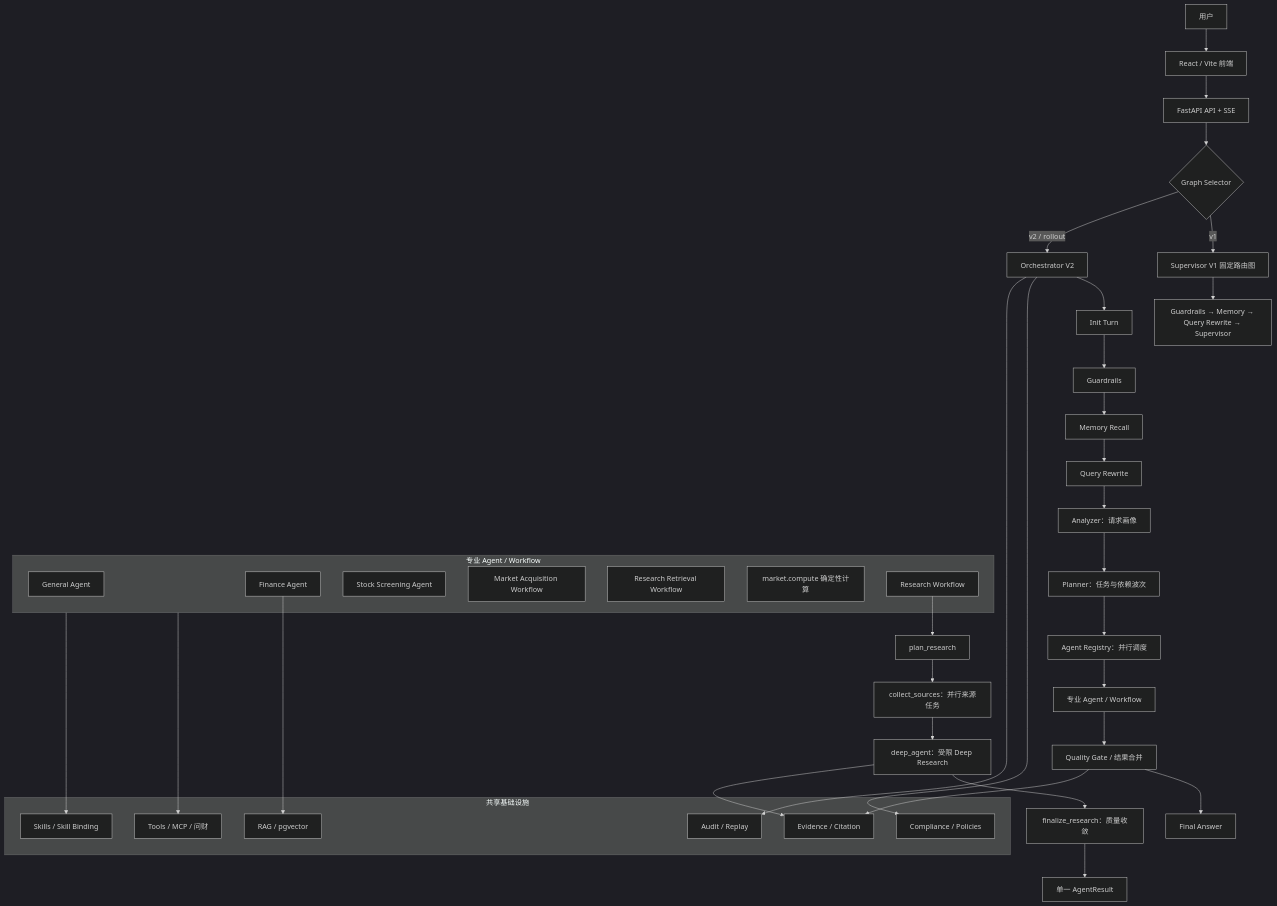
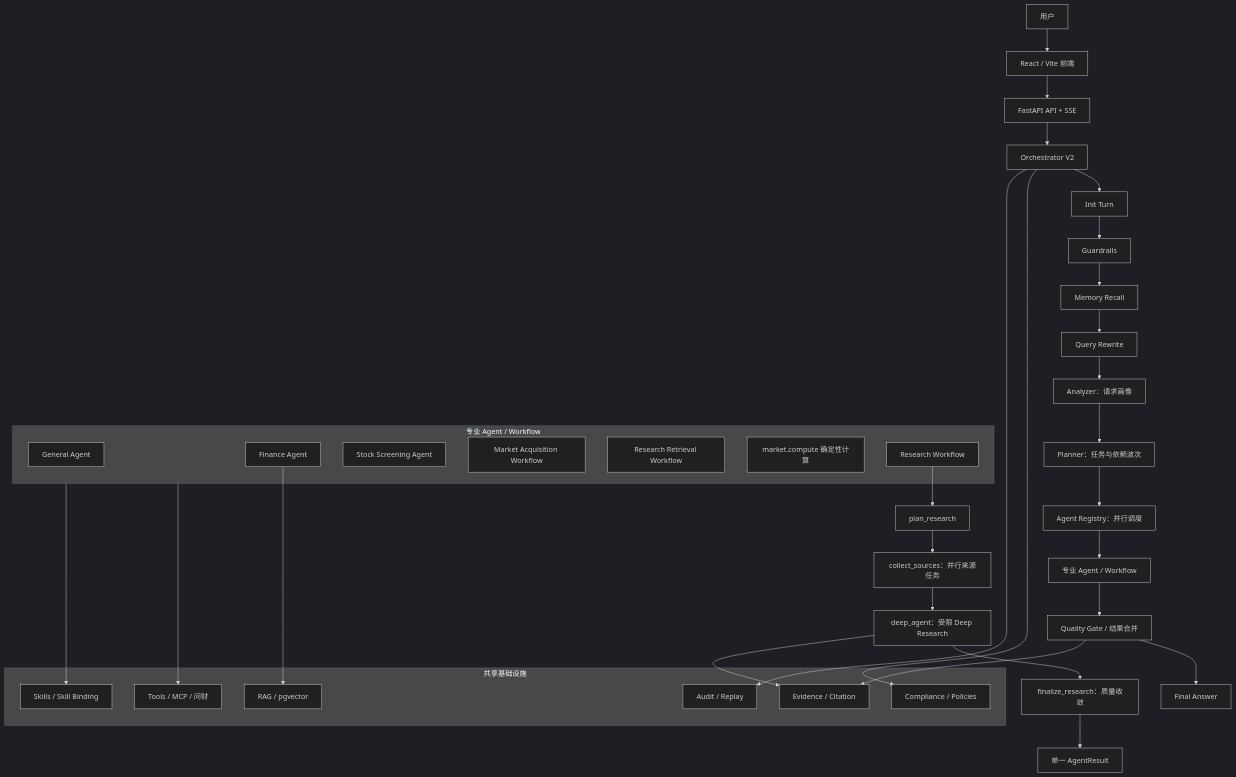
The first of 2 diagrams in README.md (wooden1234/fin-harness), drawn with Mermaid (dark theme) before and after one commit. The commit also changed other lines of this file and 22 other files, not shown here.

First line of the commit message:
更新：重构代理模块，移除V1相关实现并优化Orchestrator图形管理

````diff
--- a/README.md
+++ b/README.md
@@ -120,53 +116,49 @@
 ```mermaid
 flowchart TB
     U[用户] --> FE[React / Vite 前端]
     FE --> API[FastAPI API + SSE]
-    API --> SEL{Graph Selector}
-    SEL -->|v1| V1[Supervisor V1 固定路由图]
-    SEL -->|v2 / rollout| V2[Orchestrator V2]
-
-    V1 --> V1N[Guardrails → Memory → Query Rewrite → Supervisor]
+    API --> V2[Orchestrator V2]
     V2 --> INIT[Init Turn]
     INIT --> GUARD[Guardrails]
     GUARD --> MEM[Memory Recall]
     MEM --> REWRITE[Query Rewrite]
     REWRITE --> ANALYZER[Analyzer：请求画像]
     ANALYZER --> PLANNER[Planner：任务与依赖波次]
     PLANNER --> DISPATCH[Agent Registry：并行调度]
     DISPATCH --> SPECIALIZED_ENTRY[专业 Agent / Workflow]
     SPECIALIZED_ENTRY --> QUALITY[Quality Gate / 结果合并]
     QUALITY --> FINAL[Final Answer]
 
     subgraph SPECIALIZED[专业 Agent / Workflow]
         GENERAL[General Agent]
         FINANCE[Finance Agent]
         SCREEN[Stock Screening Agent]
         MARKET[Market Acquisition Workflow]
         RETRIEVAL[Research Retrieval Workflow]
         COMPUTE[market.compute 确定性计算]
         RESEARCH[Research Workflow]
     end
 
     RESEARCH --> PLAN[plan_research]
     PLAN --> SOURCES[collect_sources：并行来源任务]
     SOURCES --> DEEP[deep_agent：受限 Deep Research]
     DEEP --> RESEARCH_FINAL[finalize_research：质量收敛]
     RESEARCH_FINAL --> ONE[单一 AgentResult]
 
     subgraph FOUNDATION[共享基础设施]
         TOOLS[Tools / MCP / 问财]
         SKILLS[Skills / Skill Binding]
         EVIDENCE[Evidence / Citation]
         COMPLIANCE[Compliance / Policies]
         AUDIT[Audit / Replay]
         RAG[RAG / pgvector]
     end
 
     SPECIALIZED --> TOOLS
     SPECIALIZED --> SKILLS
     DEEP --> EVIDENCE
     QUALITY --> EVIDENCE
     V2 --> COMPLIANCE
     V2 --> AUDIT
     FINANCE --> RAG
 ```
````
